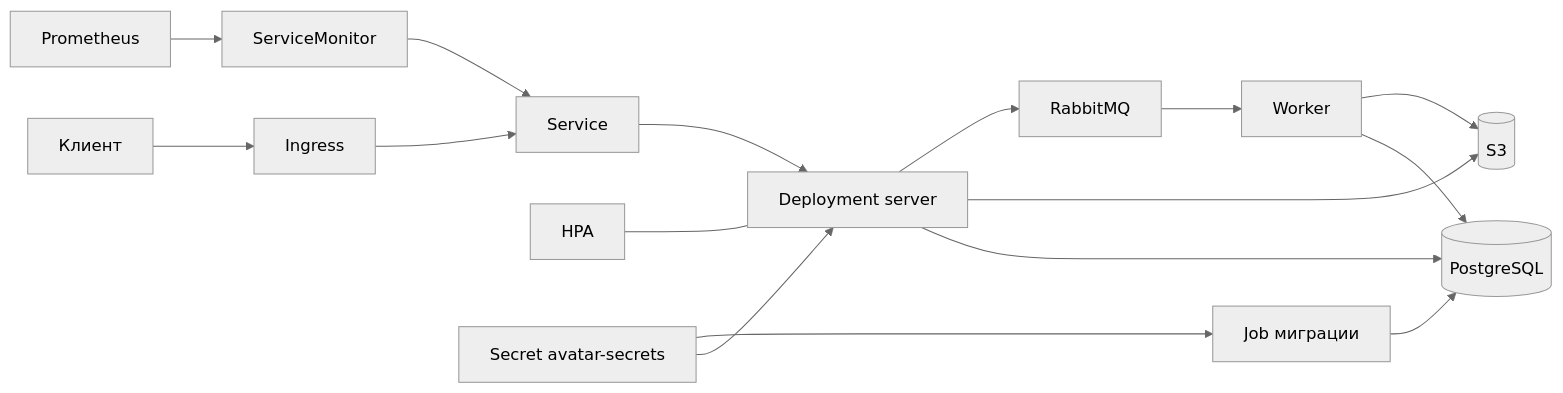
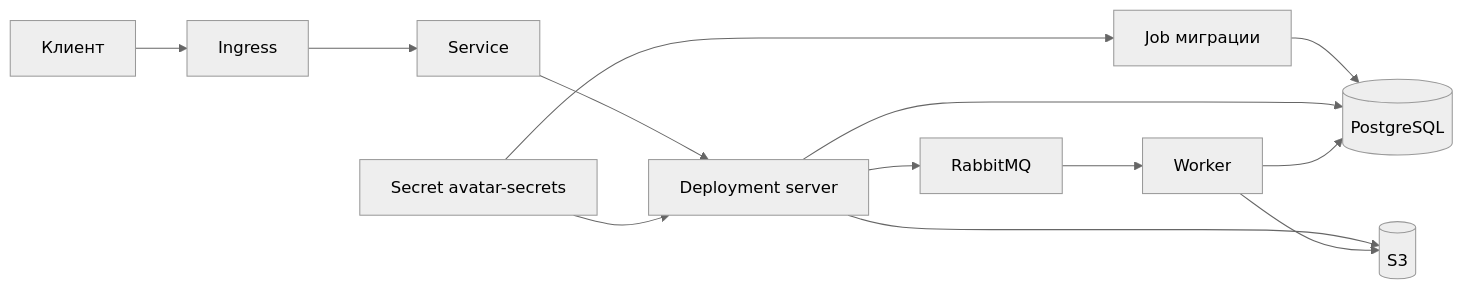
The diagram in README.md (Radiushina/avatar-service), drawn with Mermaid (neutral theme) before and after one commit. The commit also changed other lines of this file and 3 other files, not shown here.

````diff
--- a/README.md
+++ b/README.md
@@ -173,30 +200,24 @@
 ```mermaid
 flowchart LR
   client[Клиент]
   ingress[Ingress]
   svc[Service]
   server[Deployment server]
-  hpa[HPA]
   worker[Worker]
   secret[Secret avatar-secrets]
   migrate[Job миграции]
   pg[(PostgreSQL)]
   s3[(S3)]
   mq[RabbitMQ]
-  sm[ServiceMonitor]
-  prom[Prometheus]
 
   client --> ingress --> svc --> server
-  hpa --- server
   secret --> server
   secret --> migrate
   migrate --> pg
   server --> pg
   server --> s3
   server --> mq
   mq --> worker
   worker --> pg
   worker --> s3
-  sm --> svc
-  prom --> sm
 ```
````
